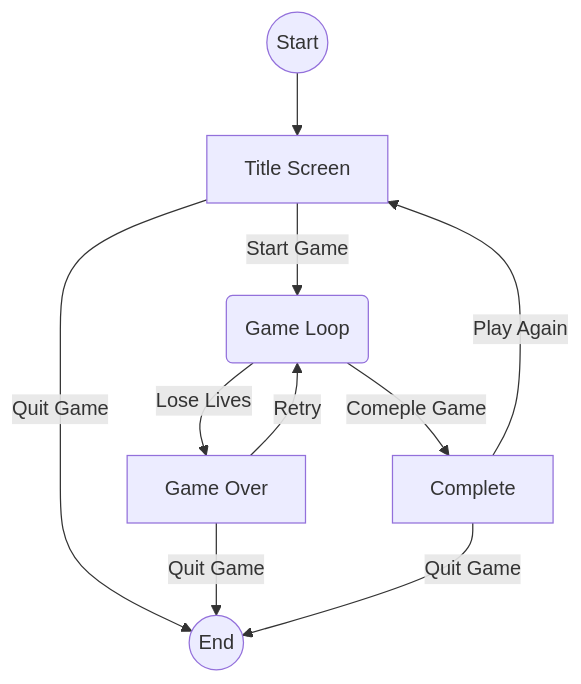
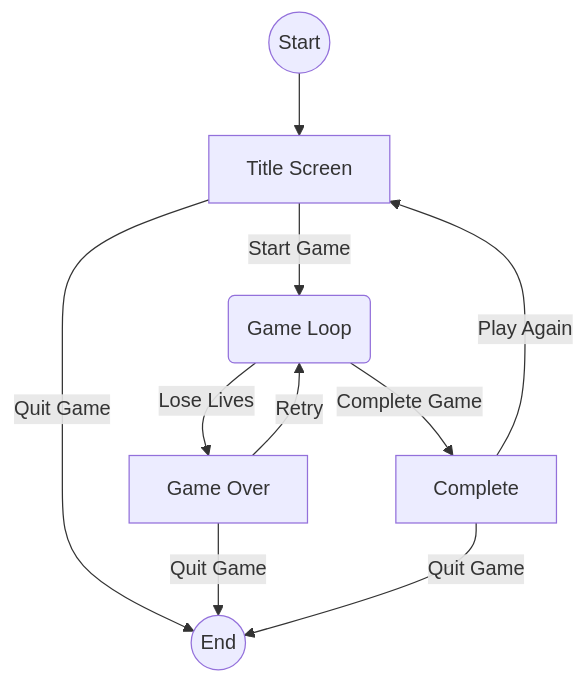
One commit to kion-dgl/Pibits-Breakout-Tutorial changed the diagram in docs/readme.md. Above: the diagram before and after it, drawn with Mermaid. The commit also changed 10 other files, not shown here.

````diff
--- a/docs/readme.md
+++ b/docs/readme.md
@@ -4,29 +4,29 @@
 ```mermaid
 ---
 Title: Brickout GameState
 ---
 flowchart TD
 
 %% Entity List
 A((Start)) 
 %% index.html
 B[Title Screen]
 %% gameplay.html 
 C(Game Loop)
 %% gameover.html 
 D[Game Over]
 %% complete.html 
 E[Complete]
 F((End))
 
 %% Flowchart
 A --> B
 B -->|Start Game| C
 B -->|Quit Game| F
 C -->|Lose Lives| D
-C -->|Comeple Game| E
+C -->|Complete Game| E
 D -->|Retry| C
 D -->|Quit Game| F
 E -->|Play Again| B
 E -->|Quit Game| F
 ```
````
